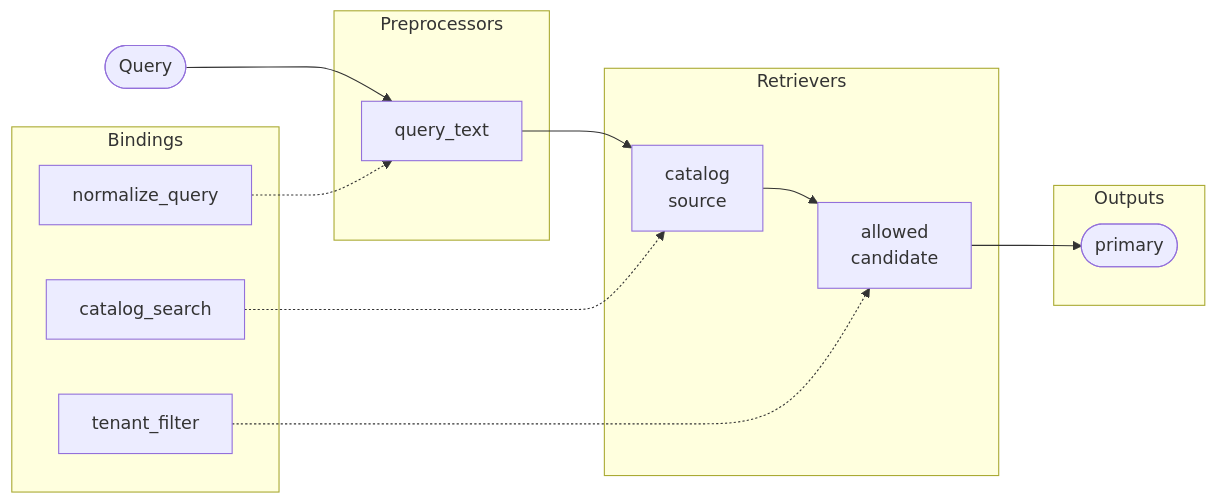
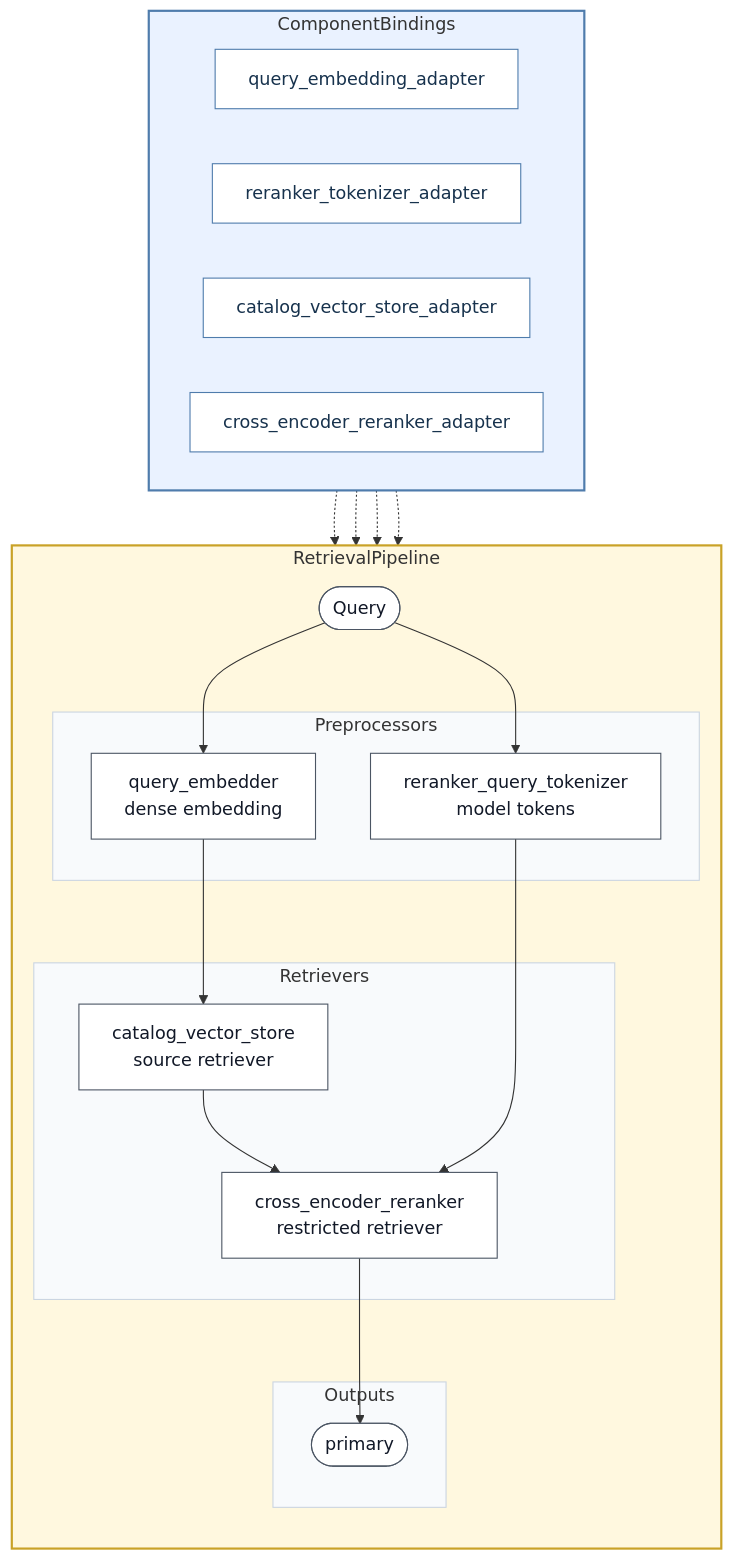
One commit to cristiangofiar/Chunkbuster changed the first of 6 diagrams in EXAMPLES.md. Above: the diagram before and after it, drawn with Mermaid. The commit also changed other lines of this file and 12 other files, not shown here.

First line of the commit message:
Add SVG diagram for vector ensemble with LLM and script to render documentation diagrams from YAML examples

````diff
--- a/EXAMPLES.md
+++ b/EXAMPLES.md
@@ -25,28 +41,42 @@
 ```mermaid
-flowchart LR
-    query([Query])
-
-    subgraph preprocessors[Preprocessors]
-        query_text[query_text]
+flowchart TB
+    subgraph pipeline["RetrievalPipeline"]
+        direction TB
+        query([Query])
+        subgraph preprocessors[Preprocessors]
+            query_embedder["query_embedder<br/>dense embedding"]
+            reranker_query_tokenizer["reranker_query_tokenizer<br/>model tokens"]
+        end
+        subgraph retrievers[Retrievers]
+            catalog_vector_store["catalog_vector_store<br/>source retriever"]
+            cross_encoder_reranker["cross_encoder_reranker<br/>restricted retriever"]
+        end
+        subgraph outputs[Outputs]
+            primary([primary])
+        end
+        query --> query_embedder --> catalog_vector_store --> cross_encoder_reranker --> primary
+        query --> reranker_query_tokenizer --> cross_encoder_reranker
     end
 
-    subgraph retrievers[Retrievers]
-        catalog["catalog<br/>source"]
-        allowed["allowed<br/>candidate"]
+    subgraph bindings["ComponentBindings"]
+        direction LR
+        query_embedding_adapter[query_embedding_adapter]
+        reranker_tokenizer_adapter[reranker_tokenizer_adapter]
+        catalog_vector_store_adapter[catalog_vector_store_adapter]
+        cross_encoder_reranker_adapter[cross_encoder_reranker_adapter]
     end
+    query_embedding_adapter -.-> query_embedder
+    reranker_tokenizer_adapter -.-> reranker_query_tokenizer
+    catalog_vector_store_adapter -.-> catalog_vector_store
+    cross_encoder_reranker_adapter -.-> cross_encoder_reranker
 
-    subgraph outputs[Outputs]
-        primary([primary])
-    end
-
-    subgraph bindings[Bindings]
-        normalize_query[normalize_query]
-        catalog_search[catalog_search]
-        tenant_filter[tenant_filter]
-    end
-
-    query --> query_text --> catalog --> allowed --> primary
-    normalize_query -.-> query_text
-    catalog_search -.-> catalog
-    tenant_filter -.-> allowed
+    classDef node fill:#ffffff,stroke:#4b5563,color:#111827
+    classDef adapter fill:#ffffff,stroke:#4f7cac,color:#17324d
+    class query,query_embedder,reranker_query_tokenizer,catalog_vector_store,cross_encoder_reranker,primary node
+    class query_embedding_adapter,reranker_tokenizer_adapter,catalog_vector_store_adapter,cross_encoder_reranker_adapter adapter
+    style pipeline fill:#fff8df,stroke:#c9a227,stroke-width:2px
+    style bindings fill:#eaf2ff,stroke:#4f7cac,stroke-width:2px
+    style preprocessors fill:#f8fafc,stroke:#cbd5e1
+    style retrievers fill:#f8fafc,stroke:#cbd5e1
+    style outputs fill:#f8fafc,stroke:#cbd5e1
 ```
````
